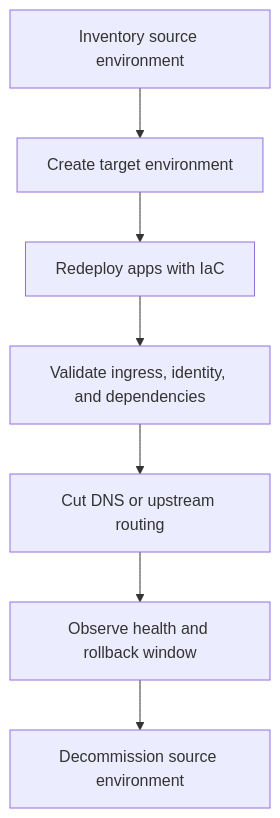
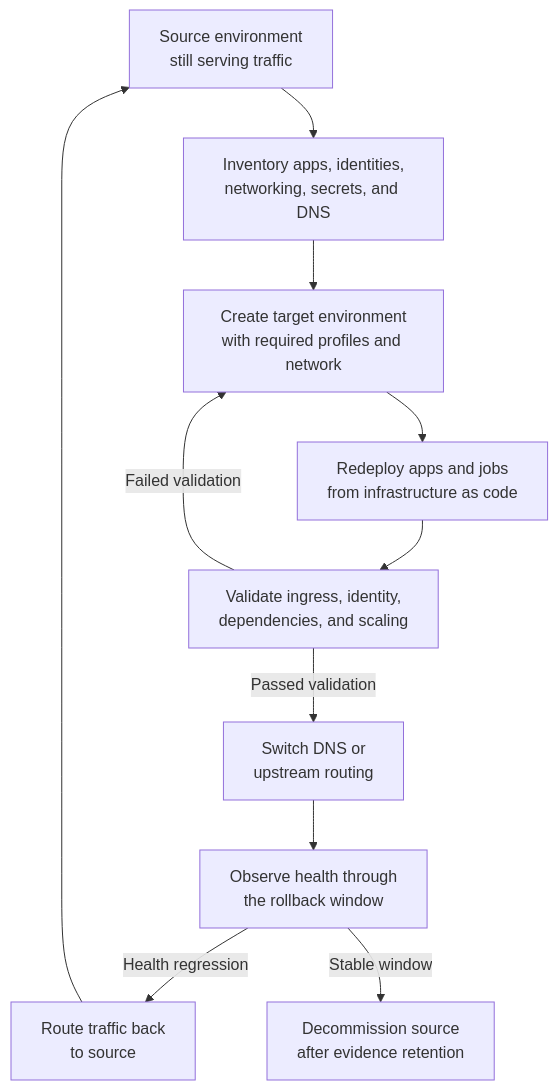
Before and after one commit to yeongseon/azure-container-apps-practical-guide: the diagram in docs/platform/environments/migration.md, drawn with Mermaid. The commit also changed other lines of this file and 14 other files, not shown here.

Commit message:
docs(diagrams): migrate the Container Apps platform diagrams (#615)

````diff
--- a/docs/platform/environments/migration.md
+++ b/docs/platform/environments/migration.md
@@ -66,9 +66,26 @@
 ```mermaid
 flowchart TD
-    A[Inventory source environment] --> B[Create target environment]
-    B --> C[Redeploy apps with IaC]
-    C --> D[Validate ingress, identity, and dependencies]
-    D --> E[Cut DNS or upstream routing]
-    E --> F[Observe health and rollback window]
-    F --> G[Decommission source environment]
+    accTitle: Parallel Container Apps environment cutover
+    accDescr: Inventory the source, build and validate a separate target, then switch upstream routing while the source remains available for rollback. Decommission the source only after the observation window succeeds.
+
+    SOURCE[Source environment<br/>still serving traffic]
+    INVENTORY[Inventory apps, identities,<br/>networking, secrets, and DNS]
+    TARGET[Create target environment<br/>with required profiles and network]
+    DEPLOY[Redeploy apps and jobs<br/>from infrastructure as code]
+    VALIDATE[Validate ingress, identity,<br/>dependencies, and scaling]
+    CUTOVER[Switch DNS or<br/>upstream routing]
+    OBSERVE[Observe health through<br/>the rollback window]
+    ROLLBACK[Route traffic back<br/>to source]
+    RETIRE[Decommission source<br/>after evidence retention]
+
+    SOURCE --> INVENTORY
+    INVENTORY --> TARGET
+    TARGET --> DEPLOY
+    DEPLOY --> VALIDATE
+    VALIDATE -->|Failed validation| TARGET
+    VALIDATE -->|Passed validation| CUTOVER
+    CUTOVER --> OBSERVE
+    OBSERVE -->|Health regression| ROLLBACK
+    ROLLBACK --> SOURCE
+    OBSERVE -->|Stable window| RETIRE
 ```
````
